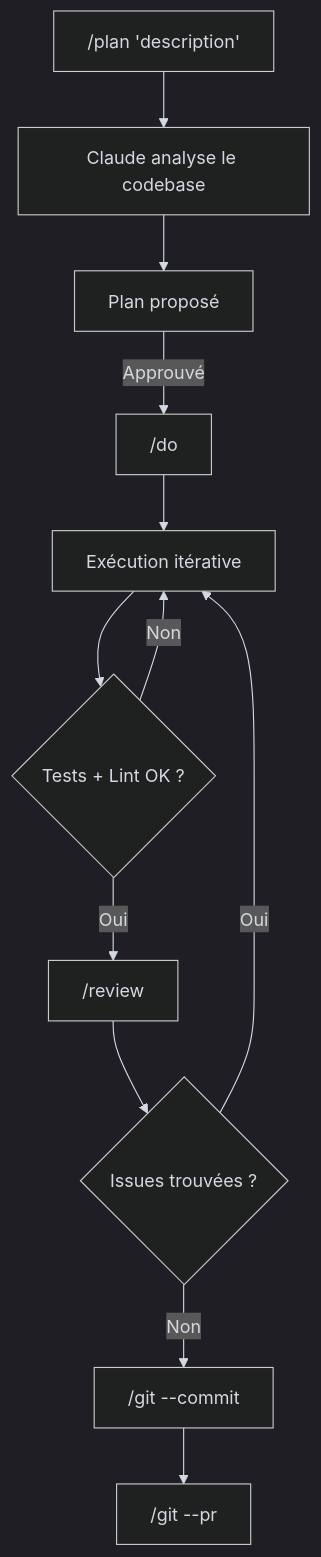
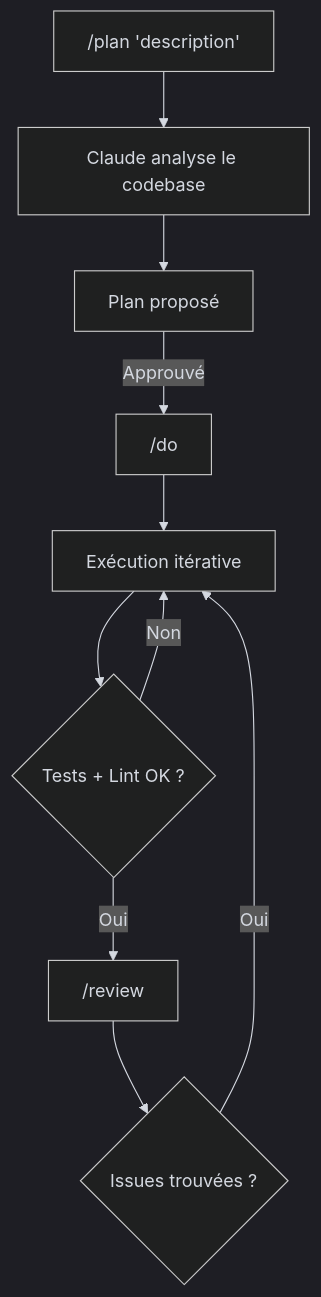
Before and after one commit to kodflow/view: the diagram in docs/getting-started/workflow.md, drawn with Mermaid. The commit also changed other lines of this file and 24 other files, not shown here.

````diff
--- a/docs/getting-started/workflow.md
+++ b/docs/getting-started/workflow.md
@@ -7,21 +7,19 @@
 ```mermaid
 %%{init: {'theme': 'dark', 'themeVariables': {
   'primaryColor': '#9D76FB1a',
   'primaryBorderColor': '#9D76FB',
   'primaryTextColor': '#d4d8e0',
   'lineColor': '#d4d8e0',
   'textColor': '#d4d8e0'
 }}}%%
 flowchart TD
     A["/plan 'description'"] --> B[Claude analyse le codebase]
     B --> C[Plan proposé]
     C -->|Approuvé| D["/do"]
     D --> E[Exécution itérative]
     E --> F{Tests + Lint OK ?}
     F -->|Non| E
     F -->|Oui| G["/review"]
     G --> H{Issues trouvées ?}
     H -->|Oui| E
-    H -->|Non| I["/git --commit"]
-    I --> J["/git --pr"]
 ```
````
